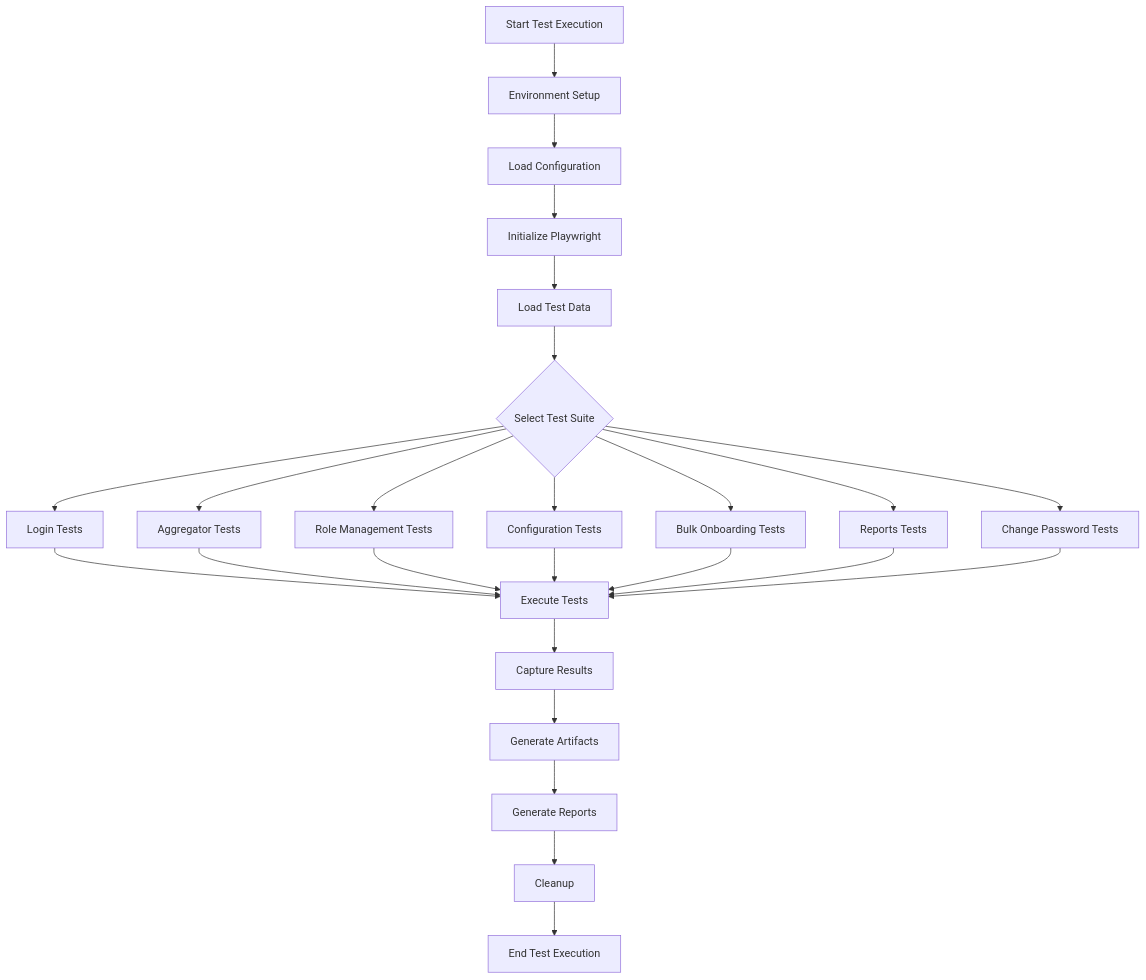
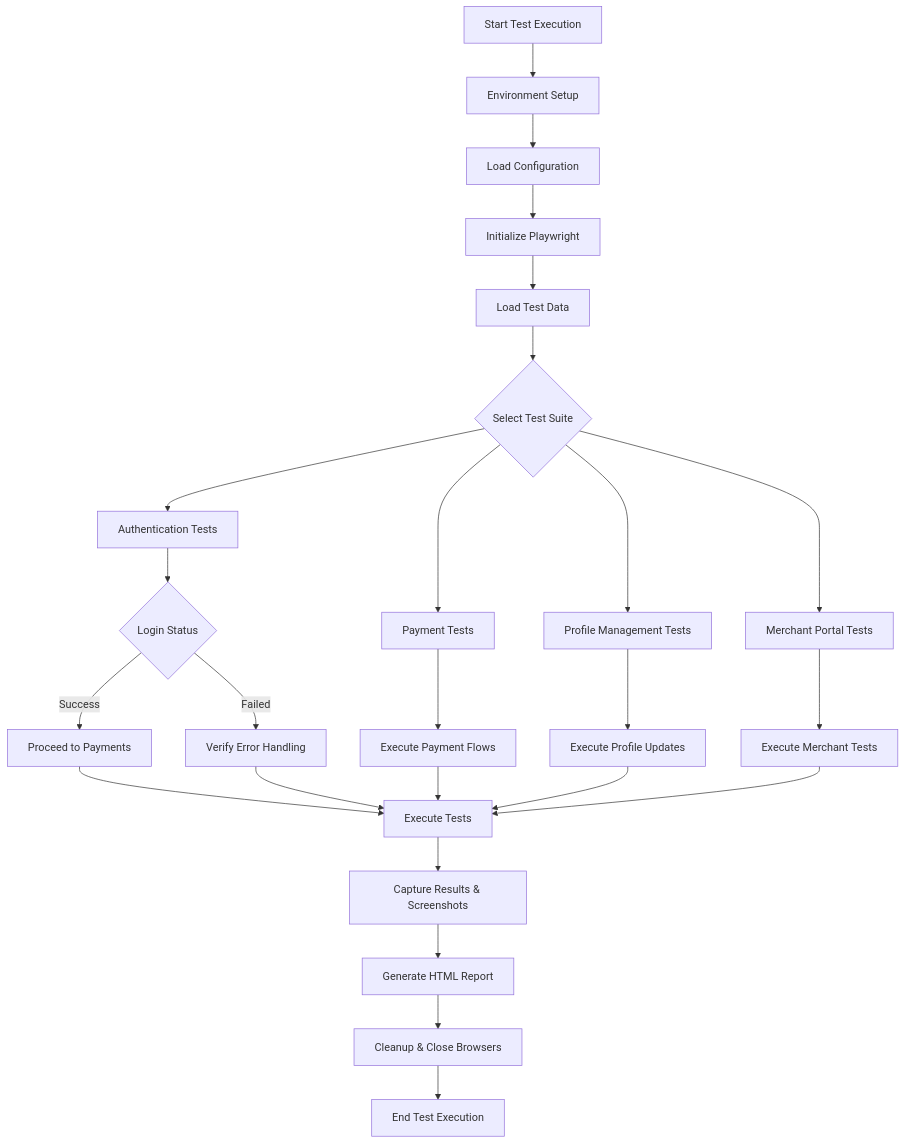
The first of 13 diagrams in FLOW_DIAGRAM.md (rabbiyamehmood/LKS_AXIAN_AUTOMATION), drawn with Mermaid before and after one commit. The commit also changed other lines of this file and 1 other file, not shown here.

Commit message:
Update flow diagrams and README with LKS-specific test flows

````diff
--- a/FLOW_DIAGRAM.md
+++ b/FLOW_DIAGRAM.md
@@ -5,30 +5,32 @@
 ```mermaid
 flowchart TD
     A[Start Test Execution] --> B[Environment Setup]
     B --> C[Load Configuration]
     C --> D[Initialize Playwright]
     D --> E[Load Test Data]
     E --> F{Select Test Suite}
     
-    F --> G[Login Tests]
-    F --> H[Aggregator Tests]
-    F --> I[Role Management Tests]
-    F --> J[Configuration Tests]
-    F --> K[Bulk Onboarding Tests]
-    F --> L[Reports Tests]
-    F --> M[Change Password Tests]
+    F --> G[Authentication Tests]
+    F --> H[Payment Tests]
+    F --> I[Profile Management Tests]
+    F --> J[Merchant Portal Tests]
     
-    G --> N[Execute Tests]
-    H --> N
-    I --> N
-    J --> N
-    K --> N
-    L --> N
-    M --> N
+    G --> K{Login Status}
+    K -->|Success| K1[Proceed to Payments]
+    K -->|Failed| K2[Verify Error Handling]
     
-    N --> O[Capture Results]
-    O --> P[Generate Artifacts]
-    P --> Q[Generate Reports]
-    Q --> R[Cleanup]
+    H --> L[Execute Payment Flows]
+    I --> M[Execute Profile Updates]
+    J --> N[Execute Merchant Tests]
+    
+    K1 --> O[Execute Tests]
+    K2 --> O
+    L --> O
+    M --> O
+    N --> O
+    
+    O --> P[Capture Results & Screenshots]
+    P --> Q[Generate HTML Report]
+    Q --> R[Cleanup & Close Browsers]
     R --> S[End Test Execution]
 ```
````
